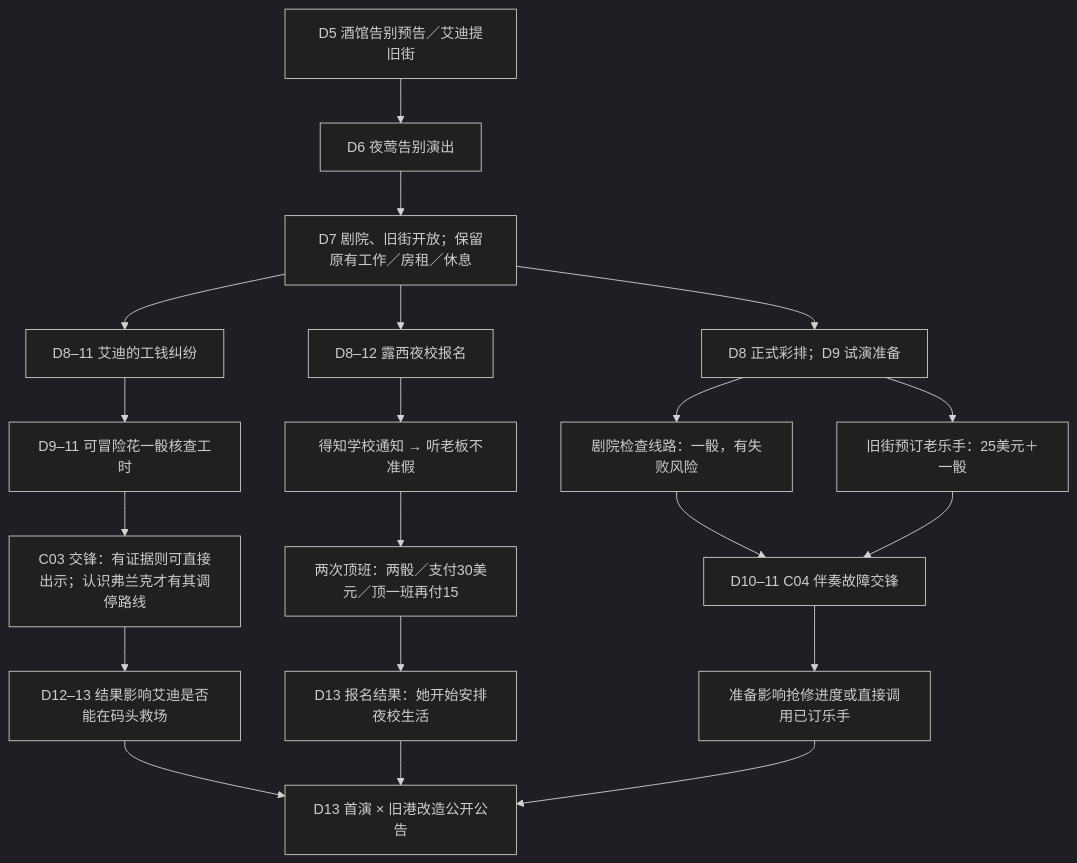
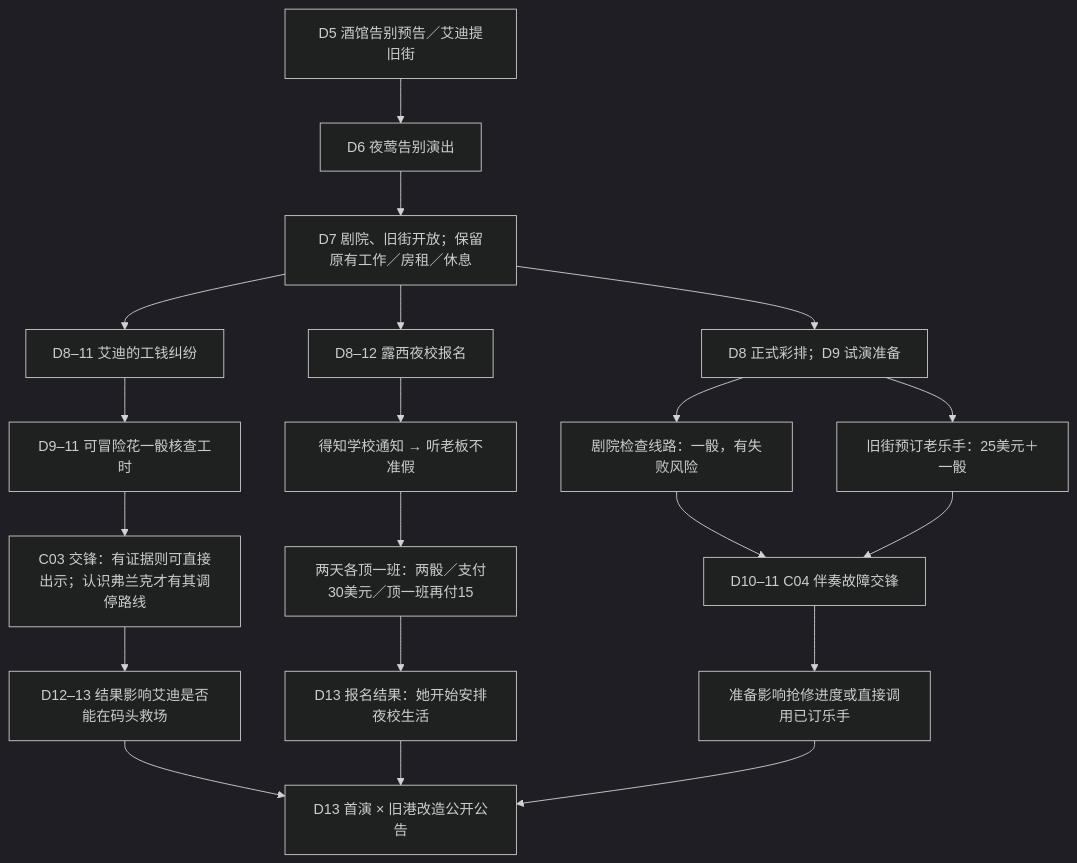
One commit to guopanqi/ssnoir changed the diagram in docs/对白整理/第二幕_结构内容图.md. Above: the diagram before and after it, drawn with Mermaid (dark theme). The commit also changed other lines of this file, not shown here.

````diff
--- a/docs/对白整理/第二幕_结构内容图.md
+++ b/docs/对白整理/第二幕_结构内容图.md
@@ -5,22 +5,22 @@
 ```mermaid
 flowchart TD
     A["D5 酒馆告别预告／艾迪提旧街"] --> B["D6 夜莺告别演出"]
     B --> C["D7 剧院、旧街开放；保留原有工作／房租／休息"]
     C --> L1["D8–12 露西夜校报名"]
     C --> E1["D8–11 艾迪的工钱纠纷"]
     C --> N1["D8 正式彩排；D9 试演准备"]
     L1 --> L2["得知学校通知 → 听老板不准假"]
-    L2 --> L3["两次顶班：两骰／支付30美元／顶一班再付15"]
+    L2 --> L3["两天各顶一班：两骰／支付30美元／顶一班再付15"]
     L3 --> L4["D13 报名结果：她开始安排夜校生活"]
     E1 --> E2["D9–11 可冒险花一骰核查工时"]
     E2 --> E3["C03 交锋：有证据则可直接出示；认识弗兰克才有其调停路线"]
     E3 --> E4["D12–13 结果影响艾迪是否能在码头救场"]
     N1 --> N2["剧院检查线路：一骰，有失败风险"]
     N1 --> N3["旧街预订老乐手：25美元＋一骰"]
     N2 --> N4["D10–11 C04 伴奏故障交锋"]
     N3 --> N4
     N4 --> N5["准备影响抢修进度或直接调用已订乐手"]
     E4 --> Z["D13 首演 × 旧港改造公开公告"]
     L4 --> Z
     N5 --> Z
 ```
````
